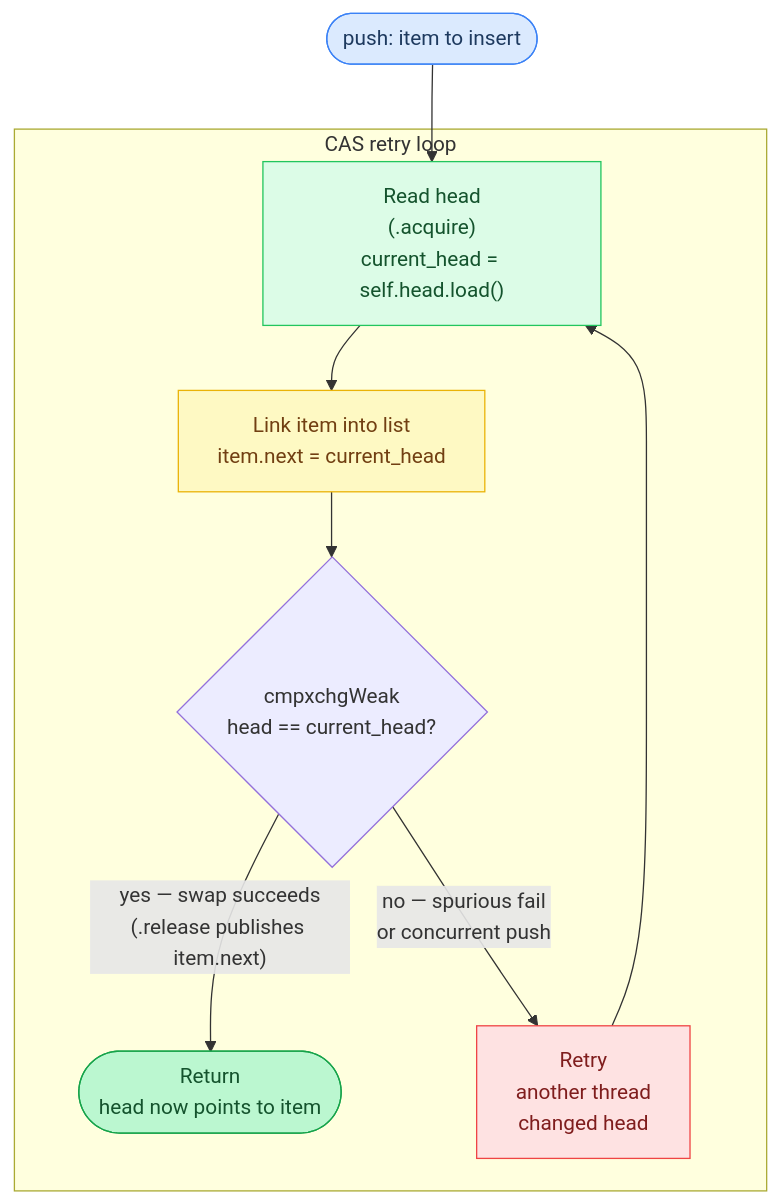
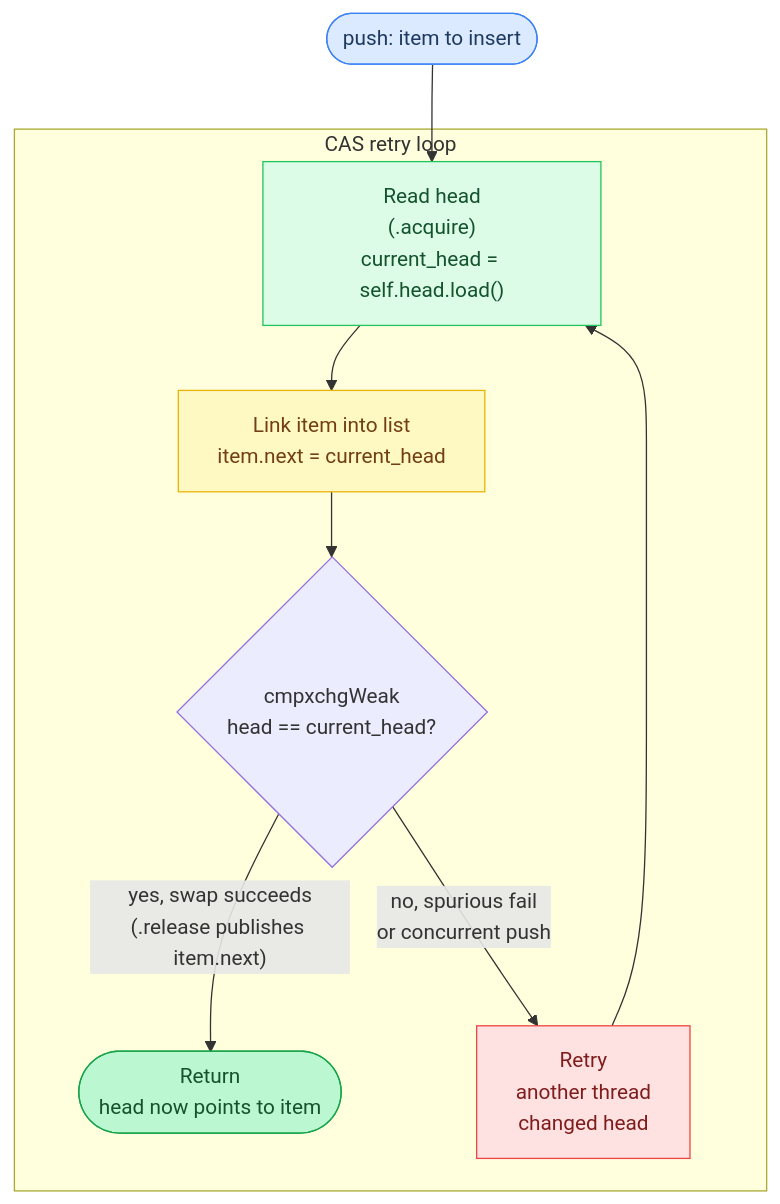
One commit to maci0/agave changed the sixth of 6 diagrams in docs/tutorial/appendix-atomics.md. Above: the diagram before and after it, drawn with Mermaid. The commit also changed other lines of this file and 196 other files, not shown here.

````diff
--- a/docs/tutorial/appendix-atomics.md
+++ b/docs/tutorial/appendix-atomics.md
@@ -428,26 +428,26 @@
 ```mermaid
 flowchart TD
     classDef setup     fill:#dbeafe,stroke:#3b82f6,color:#1e3a5f
     classDef sync      fill:#dcfce7,stroke:#22c55e,color:#14532d
     classDef migration fill:#fef9c3,stroke:#eab308,color:#713f12
     classDef success   fill:#bbf7d0,stroke:#16a34a,color:#14532d
     classDef danger    fill:#fee2e2,stroke:#ef4444,color:#7f1d1d
     classDef optional  fill:#f3e8ff,stroke:#9333ea,color:#581c87
 
     Start(["push: item to insert"]):::setup
 
     subgraph RetryLoop["CAS retry loop"]
         Read["Read head\n(.acquire)\ncurrent_head = self.head.load()"]:::sync
         Link["Link item into list\nitem.next = current_head"]:::migration
         CAS{"cmpxchgWeak\nhead == current_head?"}
         Success(["Return\nhead now points to item"]):::success
         Retry["Retry\nanother thread\nchanged head"]:::danger
     end
 
     Start --> Read
     Read --> Link
     Link --> CAS
-    CAS -->|"yes — swap succeeds\n(.release publishes item.next)"| Success
-    CAS -->|"no — spurious fail\nor concurrent push"| Retry
+    CAS -->|"yes, swap succeeds\n(.release publishes item.next)"| Success
+    CAS -->|"no, spurious fail\nor concurrent push"| Retry
     Retry --> Read
 ```
````
